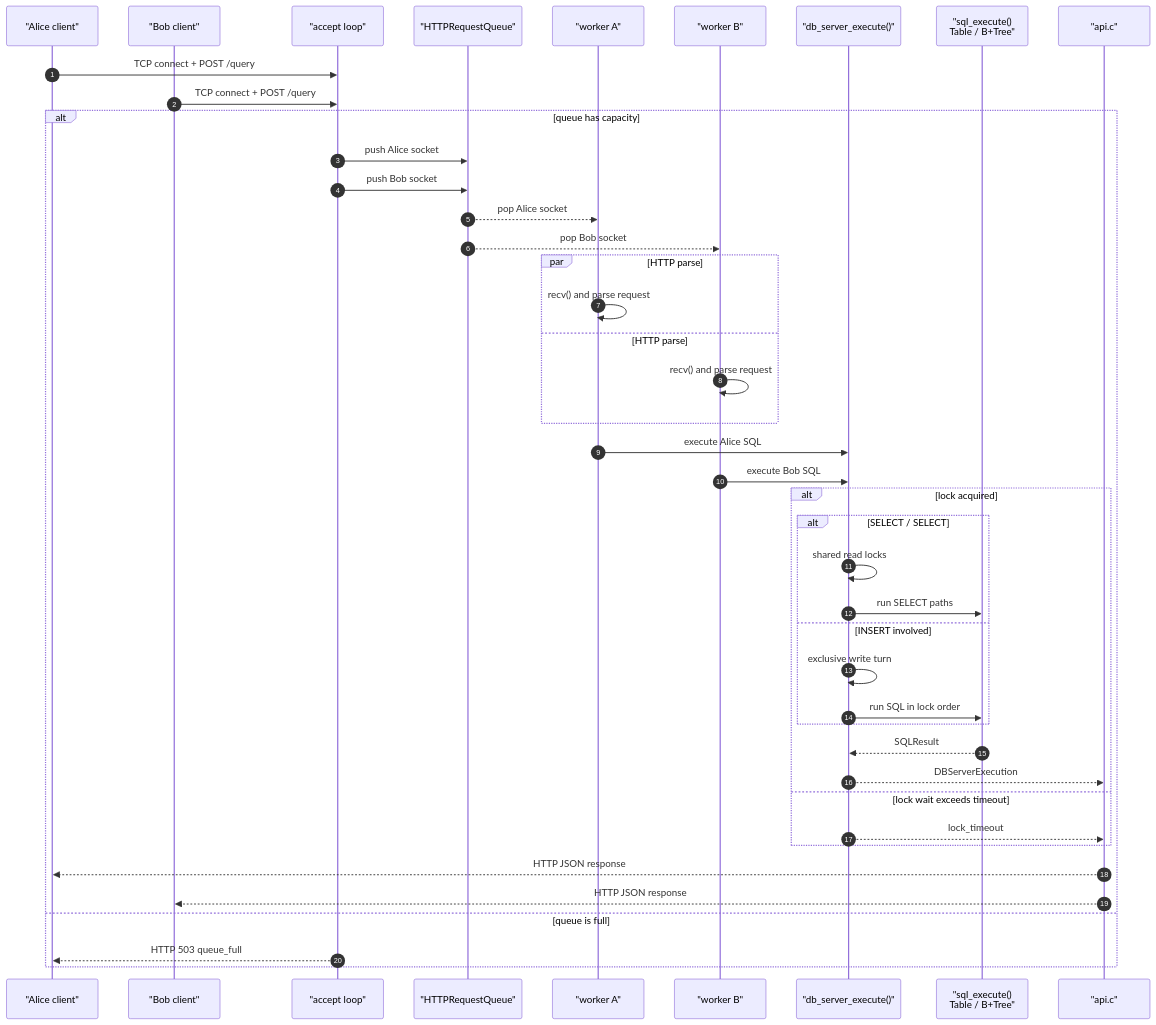
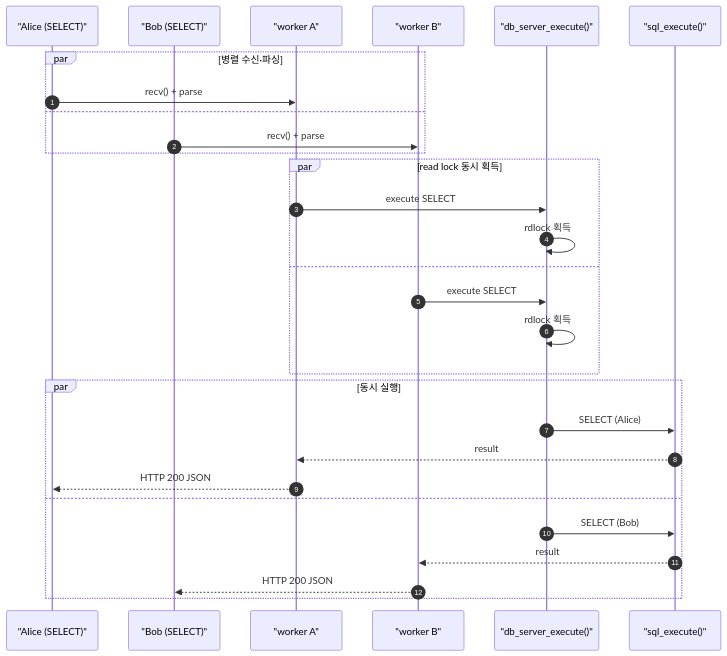
The second of 4 diagrams in README.md (Jungle-12-303/wk8-team4-sql-api), drawn with Mermaid before and after one commit. The commit also changed other lines of this file, not shown here.

Commit message:
docs: readme.md 순차 다이어그램 분할

````diff
--- a/README.md
+++ b/README.md
@@ -65,50 +91,34 @@
 ```mermaid
 sequenceDiagram
     autonumber
-    participant Alice as "Alice client"
-    participant Bob as "Bob client"
-    participant A as "accept loop"
-    participant Q as "HTTPRequestQueue"
+    participant Alice as "Alice (SELECT)"
+    participant Bob as "Bob (SELECT)"
     participant WA as "worker A"
     participant WB as "worker B"
     participant DB as "db_server_execute()"
-    participant Core as "sql_execute()<br/>Table / B+Tree"
-    participant API as "api.c"
+    participant Core as "sql_execute()"
 
-    Alice->>A: TCP connect + POST /query
-    Bob->>A: TCP connect + POST /query
-    alt queue has capacity
-        A->>Q: push Alice socket
-        A->>Q: push Bob socket
-        Q-->>WA: pop Alice socket
-        Q-->>WB: pop Bob socket
+    par 병렬 수신·파싱
+        Alice->>WA: recv() + parse
+    and
+        Bob->>WB: recv() + parse
+    end
 
-        par HTTP parse
-            WA->>WA: recv() and parse request
-        and HTTP parse
-            WB->>WB: recv() and parse request
-        end
+    par read lock 동시 획득
+        WA->>DB: execute SELECT
+        DB->>DB: rdlock 획득
+    and
+        WB->>DB: execute SELECT
+        DB->>DB: rdlock 획득
+    end
 
-        WA->>DB: execute Alice SQL
-        WB->>DB: execute Bob SQL
-
-        alt lock acquired
-            alt SELECT / SELECT
-                DB->>DB: shared read locks
-                DB->>Core: run SELECT paths
-            else INSERT involved
-                DB->>DB: exclusive write turn
-                DB->>Core: run SQL in lock order
-            end
-            Core-->>DB: SQLResult
-            DB-->>API: DBServerExecution
-        else lock wait exceeds timeout
-            DB-->>API: lock_timeout
-        end
-
-        API-->>Alice: HTTP JSON response
-        API-->>Bob: HTTP JSON response
-    else queue is full
-        A-->>Alice: HTTP 503 queue_full
+    par 동시 실행
+        DB->>Core: SELECT (Alice)
+        Core-->>WA: result
+        WA-->>Alice: HTTP 200 JSON
+    and
+        DB->>Core: SELECT (Bob)
+        Core-->>WB: result
+        WB-->>Bob: HTTP 200 JSON
     end
 ```
````
